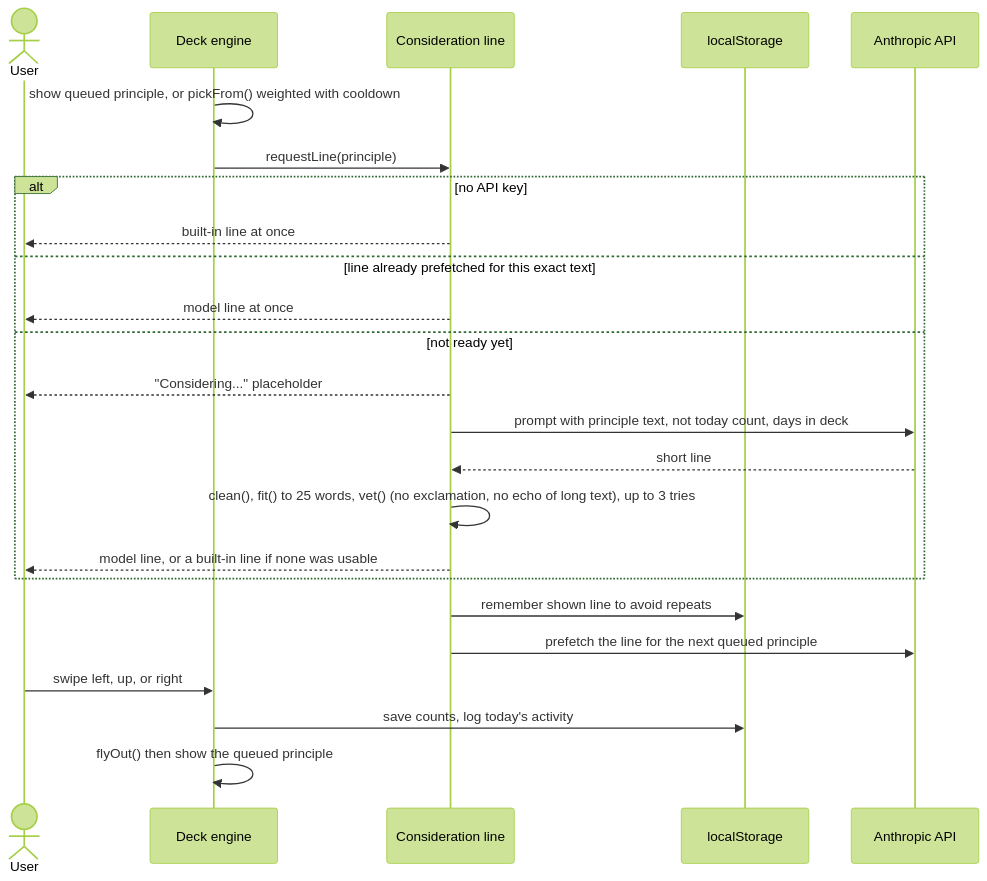
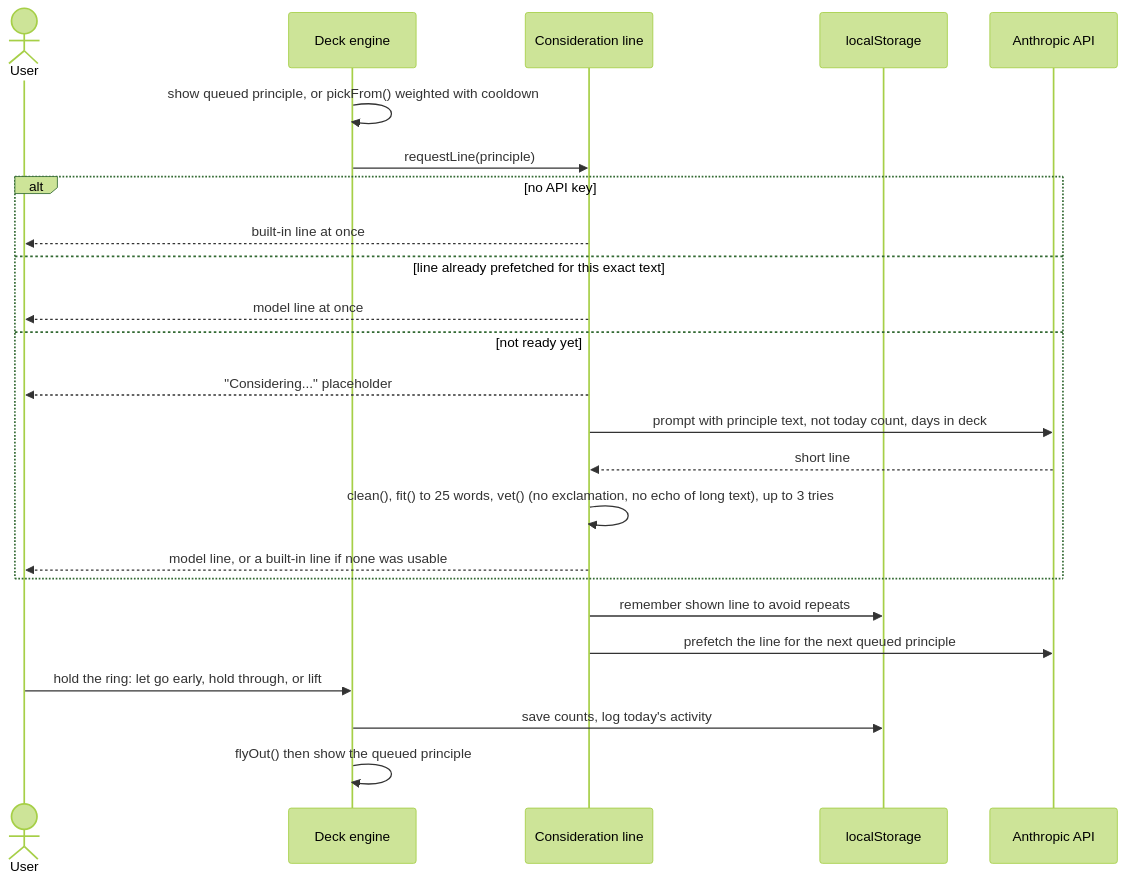
The third of 3 diagrams in docs/ARCHITECTURE.md (grahamdeno/scales), drawn with Mermaid (forest theme) before and after one commit. The commit also changed other lines of this file and 9 other files, not shown here.

First line of the commit message:
Release 1.33.0: Black and White redesign with the hold ring and a weighted Ledger

````diff
--- a/docs/ARCHITECTURE.md
+++ b/docs/ARCHITECTURE.md
@@ -100,27 +100,27 @@
 ```mermaid
 sequenceDiagram
     actor U as User
     participant D as Deck engine
     participant L as Consideration line
     participant S as localStorage
     participant A as Anthropic API
 
     D->>D: show queued principle, or pickFrom() weighted with cooldown
     D->>L: requestLine(principle)
     alt no API key
         L-->>U: built-in line at once
     else line already prefetched for this exact text
         L-->>U: model line at once
     else not ready yet
         L-->>U: "Considering..." placeholder
         L->>A: prompt with principle text, not today count, days in deck
         A-->>L: short line
         L->>L: clean(), fit() to 25 words, vet() (no exclamation, no echo of long text), up to 3 tries
         L-->>U: model line, or a built-in line if none was usable
     end
     L->>S: remember shown line to avoid repeats
     L->>A: prefetch the line for the next queued principle
-    U->>D: swipe left, up, or right
+    U->>D: hold the ring: let go early, hold through, or lift
     D->>S: save counts, log today's activity
     D->>D: flyOut() then show the queued principle
 ```
````
